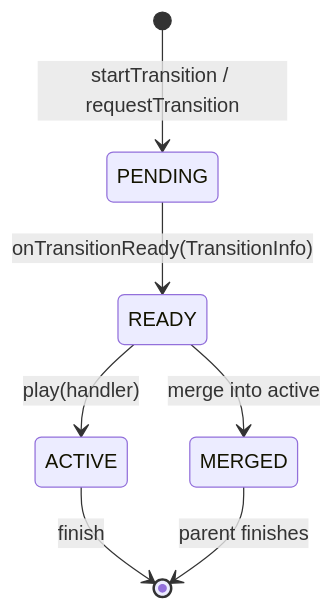
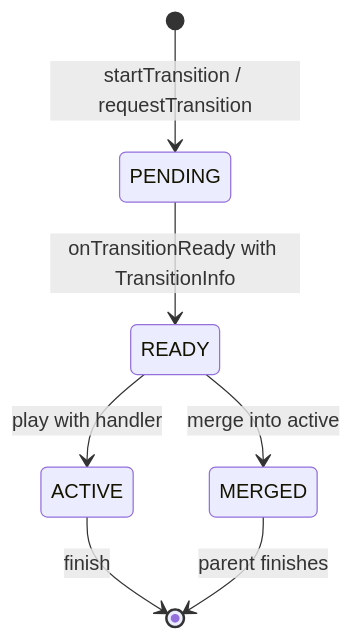
Before and after one commit to fwrite0920/aosp-internal-book: the eighth of 29 diagrams in 23-window-system.md, drawn with Mermaid. The commit also changed other lines of this file and 6 other files, not shown here.

First line of the commit message:
Fix Mermaid diagrams and formatting in Parts V-VI (chapters 18-25)

````diff
--- a/23-window-system.md
+++ b/23-window-system.md
@@ -883,9 +883,9 @@
 ```mermaid
 stateDiagram-v2
     [*] --> PENDING: startTransition / requestTransition
-    PENDING --> READY: onTransitionReady(TransitionInfo)
-    READY --> ACTIVE: play(handler)
+    PENDING --> READY: onTransitionReady with TransitionInfo
+    READY --> ACTIVE: play with handler
     READY --> MERGED: merge into active
     ACTIVE --> [*]: finish
     MERGED --> [*]: parent finishes
 ```
````
